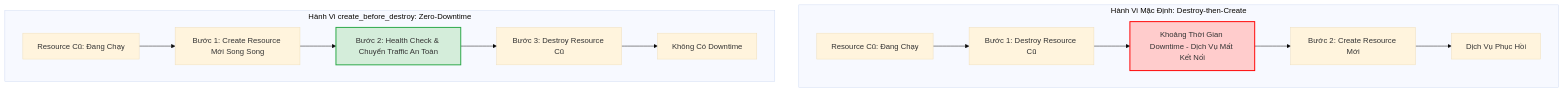
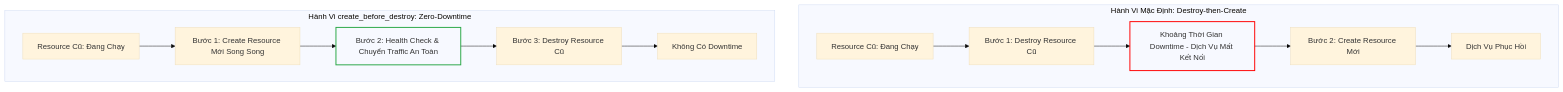
One commit to kiennt308/ntk changed the first of 6 diagrams in _posts/2026-09-13-terraform-16-16-lifecycle-meta-arguments-create-before-destroy-prevent-destroy-ignore-changes.md. Above: the diagram before and after it, drawn with Mermaid (base theme). The commit also changed other lines of this file and 207 other files, not shown here.

Commit message:
feat(posts): batch standardize all 208 posts with TL;DR, qa-card accordion, fill:none mermaid, and liquid raw wrappers

````diff
--- a/_posts/2026-09-13-terraform-16-16-lifecycle-meta-arguments-create-before-destroy-prevent-destroy-ignore-changes.md
+++ b/_posts/2026-09-13-terraform-16-16-lifecycle-meta-arguments-create-before-destroy-prevent-destroy-ignore-changes.md
@@ -34,21 +38,21 @@
 ```mermaid
 flowchart TD
     subgraph Default_Behavior ["Hành Vi Mặc Định: Destroy-then-Create"]
         D1["Resource Cũ: Đang Chạy"] --> D2["Bước 1: Destroy Resource Cũ"]
         D2 --> D3["Khoảng Thời Gian Downtime - Dịch Vụ Mất Kết Nối"]
         D3 --> D4["Bước 2: Create Resource Mới"]
         D4 --> D5["Dịch Vụ Phục Hồi"]
     end
 
     subgraph CBD_Behavior ["Hành Vi create_before_destroy: Zero-Downtime"]
         C1["Resource Cũ: Đang Chạy"] --> C2["Bước 1: Create Resource Mới Song Song"]
         C2 --> C3["Bước 2: Health Check & Chuyển Traffic An Toàn"]
         C3 --> C4["Bước 3: Destroy Resource Cũ"]
         C4 --> C5["Không Có Downtime"]
     end
 
-    style D3 fill:#ffcccc,stroke:#ff0000,stroke-width:2px
-    style C3 fill:#d4edda,stroke:#28a745,stroke-width:2px
+    style D3 fill:none,stroke:#ff0000,stroke-width:2px
+    style C3 fill:none,stroke:#28a745,stroke-width:2px
 
 
 ```
````
